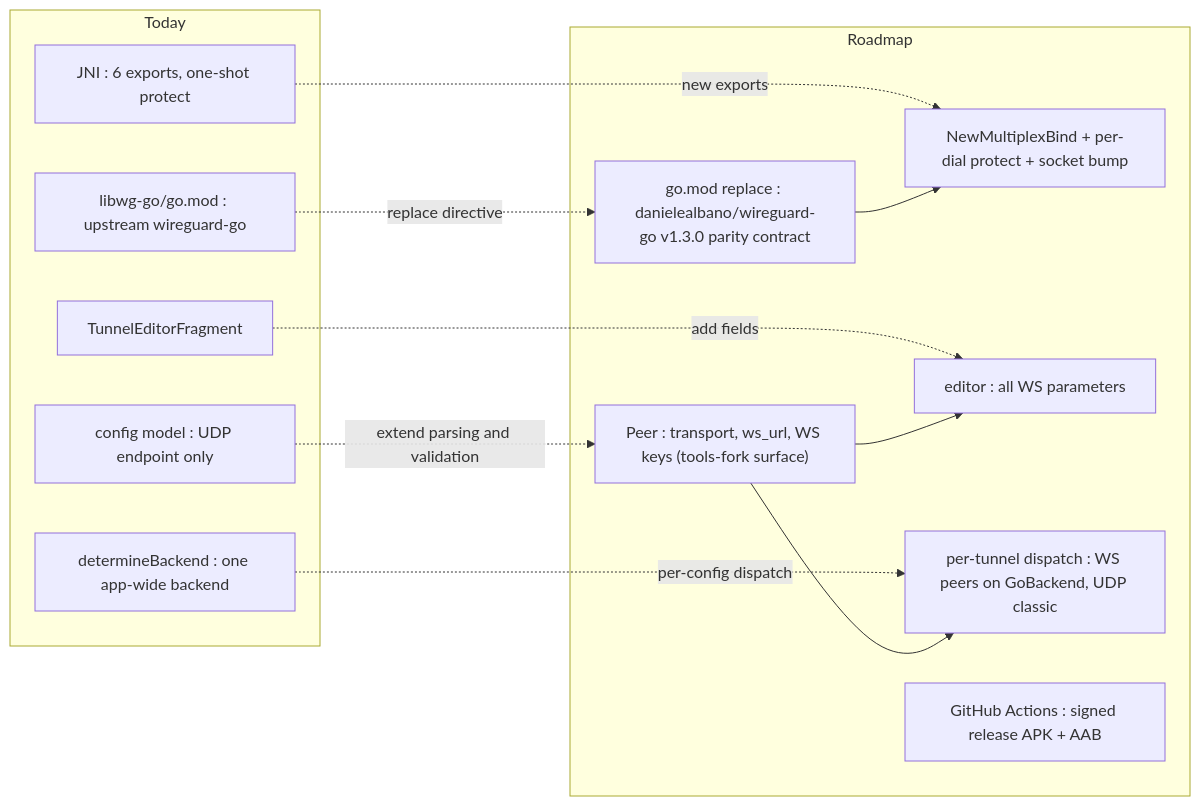
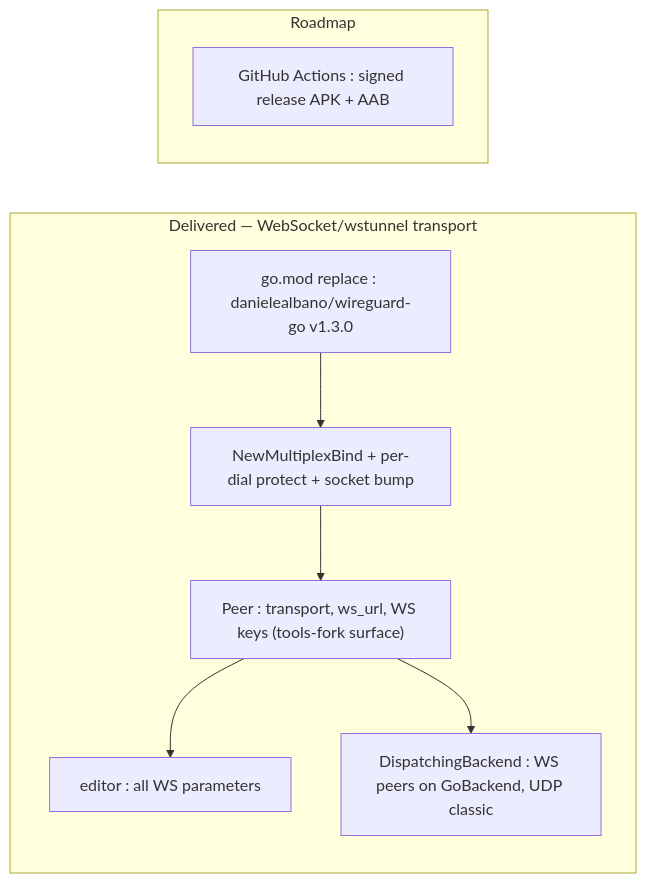
One commit to danielealbano/wireguard-android changed the eighth of 8 diagrams in docs/ARCHITECTURE.md. Above: the diagram before and after it, drawn with Mermaid. The commit also changed other lines of this file and 5 other files, not shown here.

First line of the commit message:
docs(docs): record the delivered websocket/wstunnel transport

````diff
--- a/docs/ARCHITECTURE.md
+++ b/docs/ARCHITECTURE.md
@@ -285,27 +285,18 @@
 ```mermaid
 flowchart LR
-    subgraph Now["Today"]
-        GOMOD["libwg-go/go.mod : upstream wireguard-go"]
-        JNI6["JNI : 6 exports, one-shot protect"]
-        MODEL["config model : UDP endpoint only"]
-        EDIT["TunnelEditorFragment"]
-        SEL["determineBackend : one app-wide backend"]
-    end
-    subgraph Goal["Roadmap"]
-        FORK["go.mod replace : danielealbano/wireguard-go v1.3.0 parity contract"]
+    subgraph Delivered["Delivered — WebSocket/wstunnel transport"]
+        FORK["go.mod replace : danielealbano/wireguard-go v1.3.0"]
         MPLEX["NewMultiplexBind + per-dial protect + socket bump"]
         WSMODEL["Peer : transport, ws_url, WS keys (tools-fork surface)"]
         WSUI["editor : all WS parameters"]
-        DISP["per-tunnel dispatch : WS peers on GoBackend, UDP classic"]
+        DISP["DispatchingBackend : WS peers on GoBackend, UDP classic"]
+    end
+    subgraph Pending["Roadmap"]
         CI["GitHub Actions : signed release APK + AAB"]
     end
 
-    GOMOD -. replace directive .-> FORK
-    JNI6 -. new exports .-> MPLEX
-    MODEL -. extend parsing and validation .-> WSMODEL
-    EDIT -. add fields .-> WSUI
-    SEL -. per-config dispatch .-> DISP
     FORK --> MPLEX
+    MPLEX --> WSMODEL
     WSMODEL --> WSUI
     WSMODEL --> DISP
 ```
````
